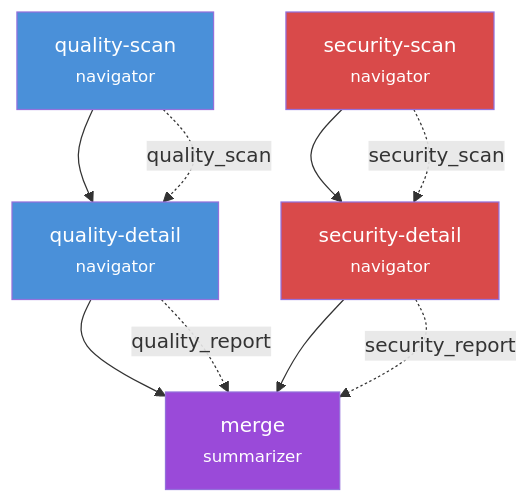
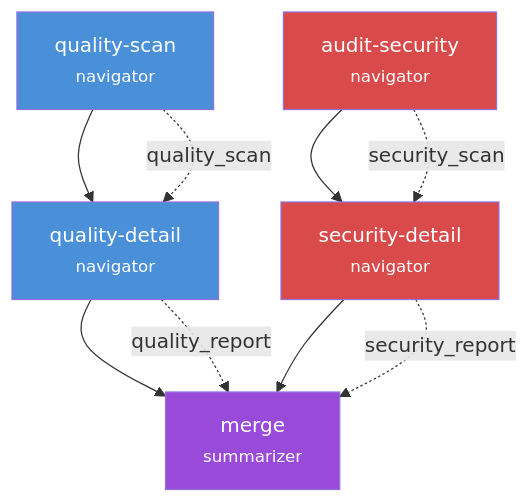
Before and after one commit to re-cinq/wave: the second of 2 diagrams in docs/concepts/pipelines.md, drawn with Mermaid. The commit also changed other lines of this file and 60 other files, not shown here.

````diff
--- a/docs/concepts/pipelines.md
+++ b/docs/concepts/pipelines.md
@@ -267,24 +267,24 @@
 ```mermaid
 flowchart TD
   qs[quality-scan<br/><small>navigator</small>]
   qd[quality-detail<br/><small>navigator</small>]
-  ss[security-scan<br/><small>navigator</small>]
+  ss[audit-security<br/><small>navigator</small>]
   sd[security-detail<br/><small>navigator</small>]
   merge[merge<br/><small>summarizer</small>]
 
   qs --> qd
   ss --> sd
   qd --> merge
   sd --> merge
 
   qs -.->|"quality_scan"| qd
   ss -.->|"security_scan"| sd
   qd -.->|"quality_report"| merge
   sd -.->|"security_report"| merge
 
   style qs fill:#4a90d9,color:#fff
   style qd fill:#4a90d9,color:#fff
   style ss fill:#d94a4a,color:#fff
   style sd fill:#d94a4a,color:#fff
   style merge fill:#9a4ad9,color:#fff
 ```
````
